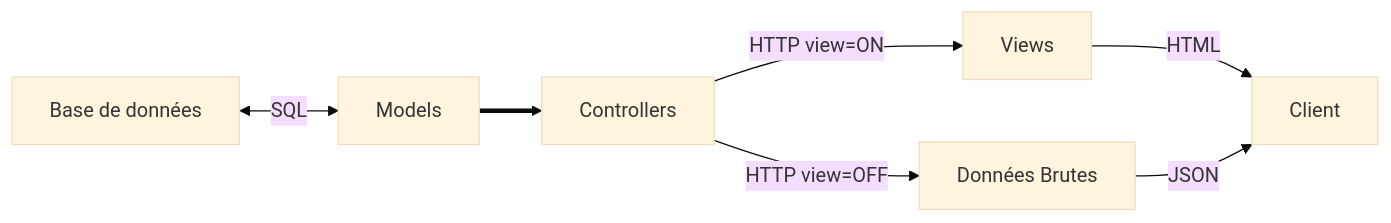
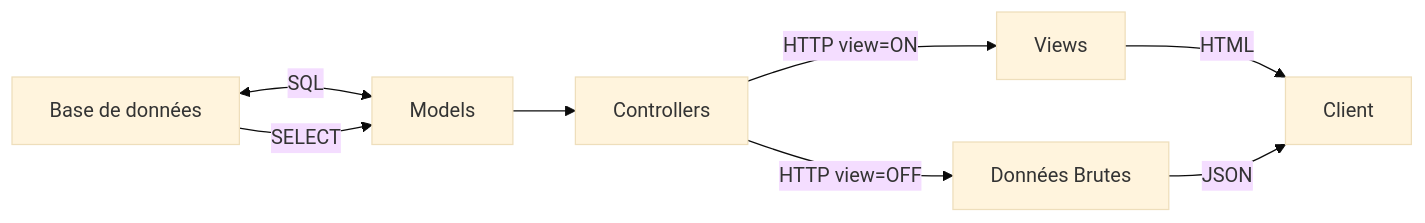
One commit to FloRobart/Econoris_server changed the diagram in README.md. Above: the diagram before and after it, drawn with Mermaid (base theme).

````diff
--- a/README.md
+++ b/README.md
@@ -27,10 +27,11 @@
 ```mermaid
 flowchart LR
 
 A[Base de données] <-->|SQL| B[Models]
-B ==> C[Controllers]
+A -->|SELECT| B
+B --> C[Controllers]
 C -->|HTTP view=ON| D[Views]
 C -->|HTTP view=OFF| E[Données Brutes]
 D -->|HTML| F[Client]
 E -->|JSON| F
 ```
````
